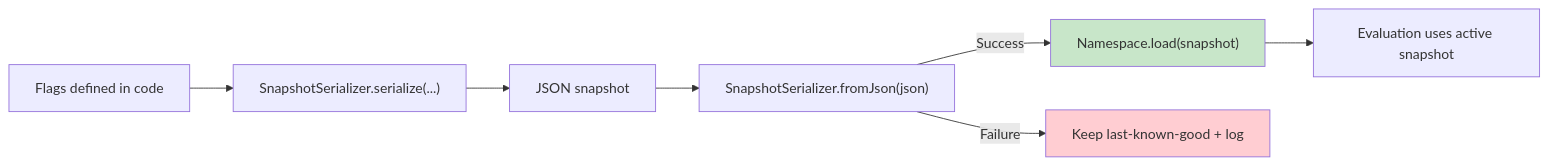
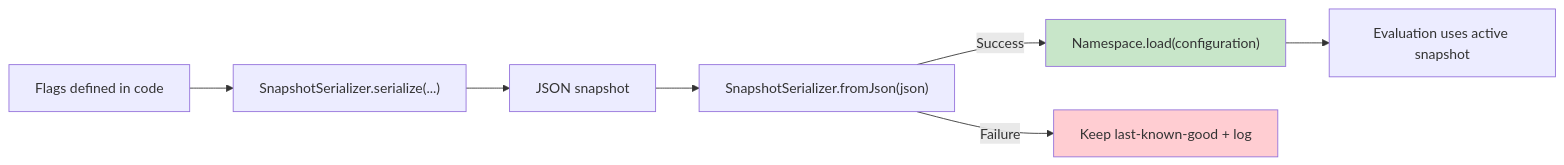
The diagram in docs/06-remote-config.md (amichne/konditional), drawn with Mermaid before and after one commit. The commit also changed other lines of this file and 33 other files, not shown here.

````diff
--- a/docs/06-remote-config.md
+++ b/docs/06-remote-config.md
@@ -11,11 +12,11 @@
 ```mermaid
 flowchart LR
   Code["Flags defined in code"] --> Snap["SnapshotSerializer.serialize(...)"]
   Snap --> Json["JSON snapshot"]
   Json --> Parse["SnapshotSerializer.fromJson(json)"]
-  Parse -->|Success| Load["Namespace.load(snapshot)"]
+  Parse -->|Success| Load["Namespace.load(configuration)"]
   Parse -->|Failure| Reject["Keep last-known-good + log"]
   Load --> Eval["Evaluation uses active snapshot"]
   style Load fill:#c8e6c9
   style Reject fill:#ffcdd2
 ```
````
